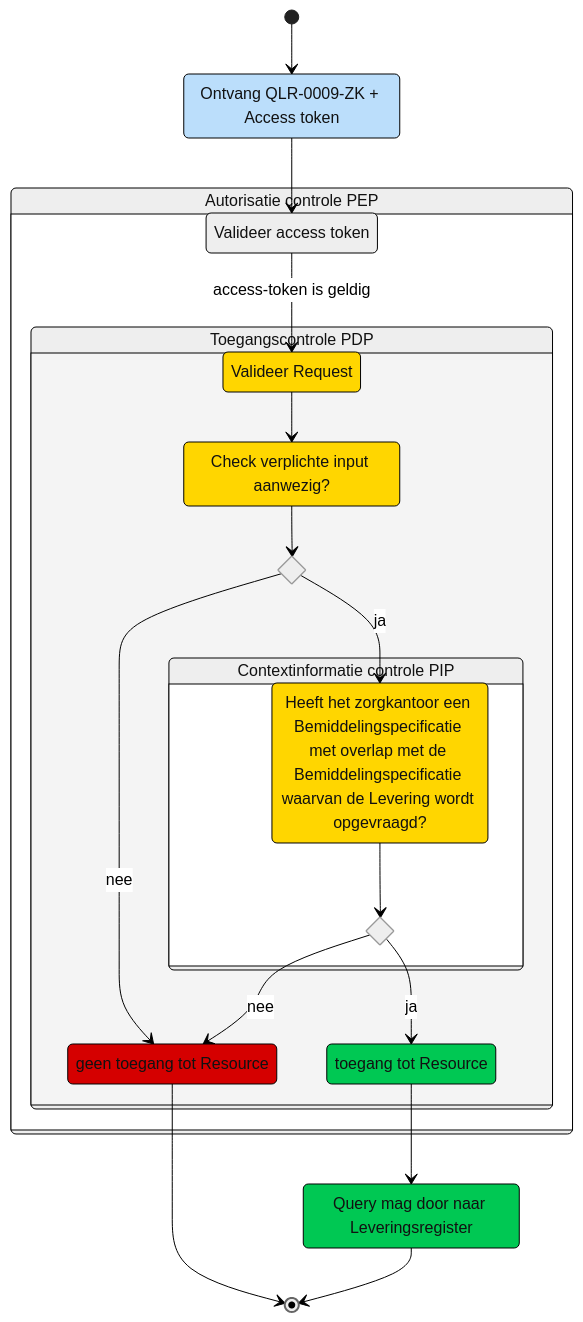
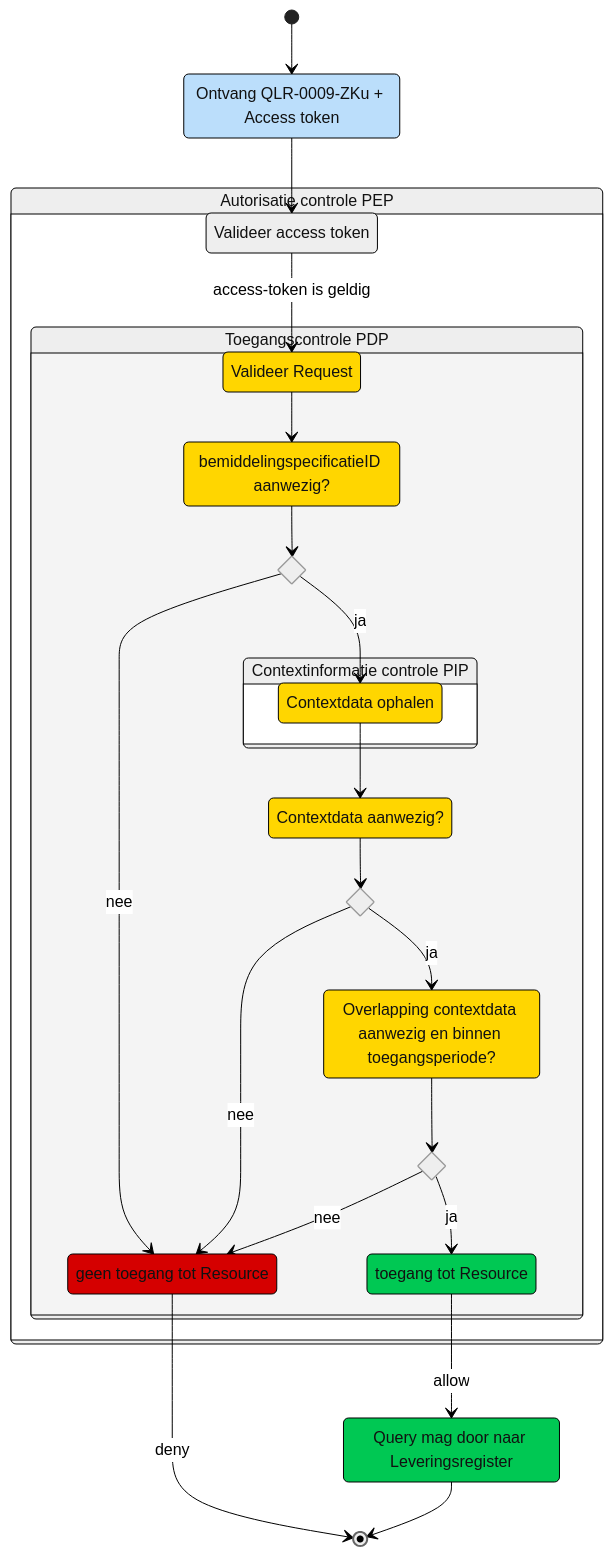
Before and after one commit to iStandaarden/iWlz-levering: the diagram in raadplegen/zorgkantoor/UCLR-0009-toegangscontrole.md, drawn with Mermaid. The commit also changed other lines of this file and 2 other files, not shown here.

Commit message:
aanpassingen gedaan ivm alternatieve PIP controle

````diff
--- a/raadplegen/zorgkantoor/UCLR-0009-toegangscontrole.md
+++ b/raadplegen/zorgkantoor/UCLR-0009-toegangscontrole.md
@@ -57,54 +106,64 @@
 ```mermaid
 ---
 config:
   theme: neutral
   look: classic
 ---
 stateDiagram
   direction TB
+  [*] -->  indienen
+  indienen --> validerenT
   state PEP {
     direction TB
-    validerenT
+
+    validerenT --> validerenR: access-token is geldig
     state PDP {
-      direction TB
-      validerenR --> checkInput01
-      state check01 <<choice>>
+    validerenR --> checkInput01
+    state check01 <<choice>>
+    checkInput01 --> check01
 
-      checkInput01 --> check01
-      check01 --> error:nee
-      state PIP {
-        direction TB
-        state check02 <<choice>>
+    check01 --> checkInput02:ja
+    check01 --> error:nee
+    state PIP {
+        checkInput02 --> checkInput03
+        }
+    state check02 <<choice>>
+    state check03 <<choice>>
+    
+    checkInput03 --> check02
+        
+        check02 --> error:nee
+        check02 --> checkOVerlap:ja           
+    checkOVerlap --> check03
+    check03 --> access:ja
+    check03 --> error:nee
+    checkInput03
+    error
+    access
+    }
 
-        checkInput02 --> check02
-        check02
-        checkInput02
-      }
-      access
-    }
   }
-  [*] --> indienen
-  indienen --> validerenT
-  validerenT --> validerenR:access-token is geldig
-  check01 --> checkInput02:ja
-  check02 --> error:nee
-  check02 --> access:ja
-  error --> [*]
-  access --> resource
+
+  error --> [*]: deny
+  access --> resource: allow
   resource --> [*]
+  
   PEP:Autorisatie controle PEP
-  validerenT:Valideer access token
   PDP:Toegangscontrole PDP
-  validerenR:Valideer Request
-  checkInput01:Check verplichte input aanwezig?
+  PIP:Contextinformatie controle PIP
+  indienen: Ontvang QLR-0009-ZKu + Access token
+  validerenT: Valideer access token
+  validerenR: Valideer Request
+  checkInput01:bemiddelingspecificatieID aanwezig?
+  checkInput02:Contextdata ophalen
+  checkInput03:Contextdata aanwezig?
+  checkOVerlap:Overlapping contextdata aanwezig en binnen toegangsperiode?
   error:geen toegang tot Resource
-  PIP:Contextinformatie controle PIP
-  checkInput02: Heeft het zorgkantoor een Bemiddelingspecificatie met overlap met de Bemiddelingspecificatie waarvan de Levering wordt opgevraagd?
+
   access:toegang tot Resource
-  indienen:Ontvang QLR-0009-ZK + Access token
-  resource:Query mag door naar Leveringsregister
-  style validerenR,checkInput01,checkInput02 fill:#FFD600
+  resource: Query mag door naar Leveringsregister
+  style validerenR,checkInput01,checkInput02,checkInput03,checkOVerlap fill:#FFD600
   style error fill:#D50000
-  style access,resource fill:#00C853
+  style access,Query,resource fill:#00C853
   style indienen fill:#BBDEFB,color:none
 ```
````
